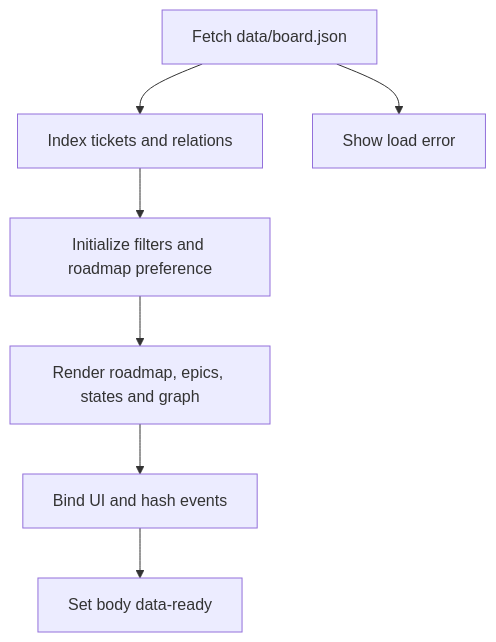
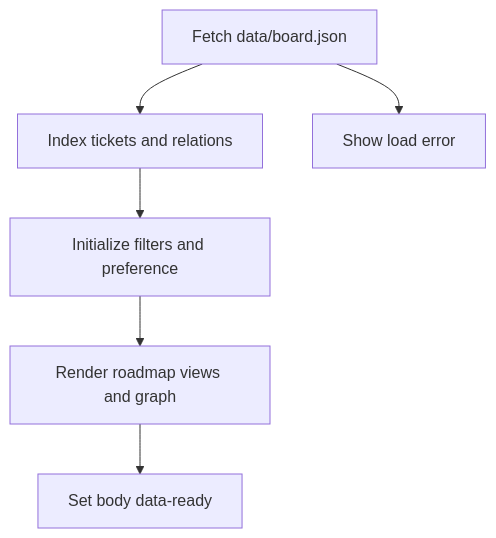
One commit to maximofn/gymnasia changed the second of 4 diagrams in openwiki/services/architecture-board.md. Above: the diagram before and after it, drawn with Mermaid. The commit also changed other lines of this file and 21 other files, not shown here.

````diff
--- a/openwiki/services/architecture-board.md
+++ b/openwiki/services/architecture-board.md
@@ -86,9 +91,8 @@
 ```mermaid
 flowchart TD
     Fetch["Fetch data/board.json"] --> Index["Index tickets and relations"]
-    Index --> Interface["Initialize filters and roadmap preference"]
-    Interface --> Views["Render roadmap, epics, states and graph"]
-    Views --> Events["Bind UI and hash events"]
-    Events --> Ready["Set body data-ready"]
+    Index --> Setup["Initialize filters and preference"]
+    Setup --> Render["Render roadmap views and graph"]
+    Render --> Ready["Set body data-ready"]
     Fetch --> Failure["Show load error"]
 ```
````
